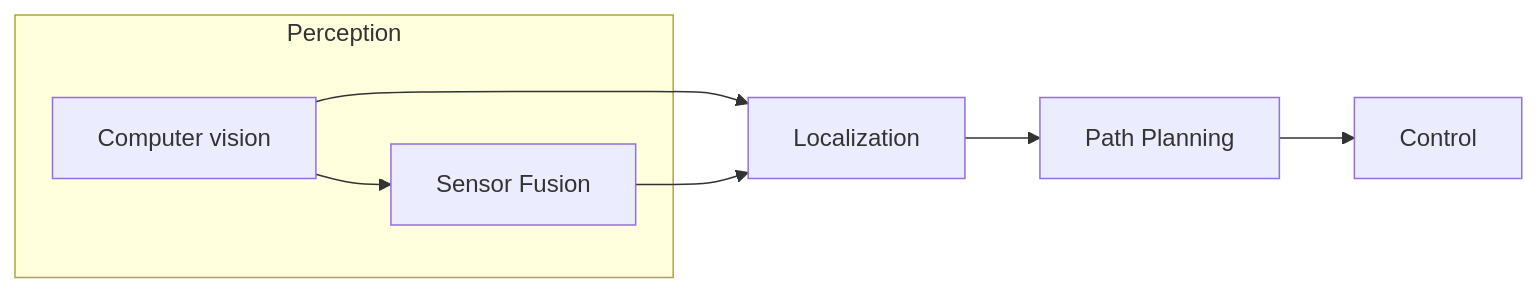
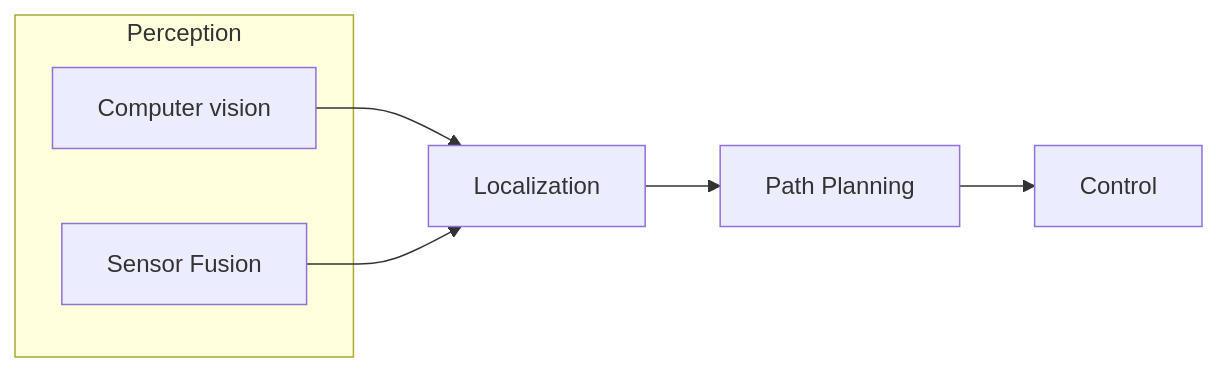
One commit to afondiel/computer-science-notebook changed the diagram in automotive/self-driving/self-driving-notes.md. Above: the diagram before and after it, drawn with Mermaid.

Commit message:
auto-self-drv: update mermaid graph

````diff
--- a/automotive/self-driving/self-driving-notes.md
+++ b/automotive/self-driving/self-driving-notes.md
@@ -20,12 +20,13 @@
 ```mermaid
  graph LR
 
          a1[Localization]-->a2[Path Planning]
          a2-->b1[Control]
 
          subgraph Perception
-         c1[Computer vision]-->c2[Sensor Fusion]
+         c1[Computer vision]
+         c2[Sensor Fusion]
          end
          c1-->a1
          c2-->a1
 ```
````
